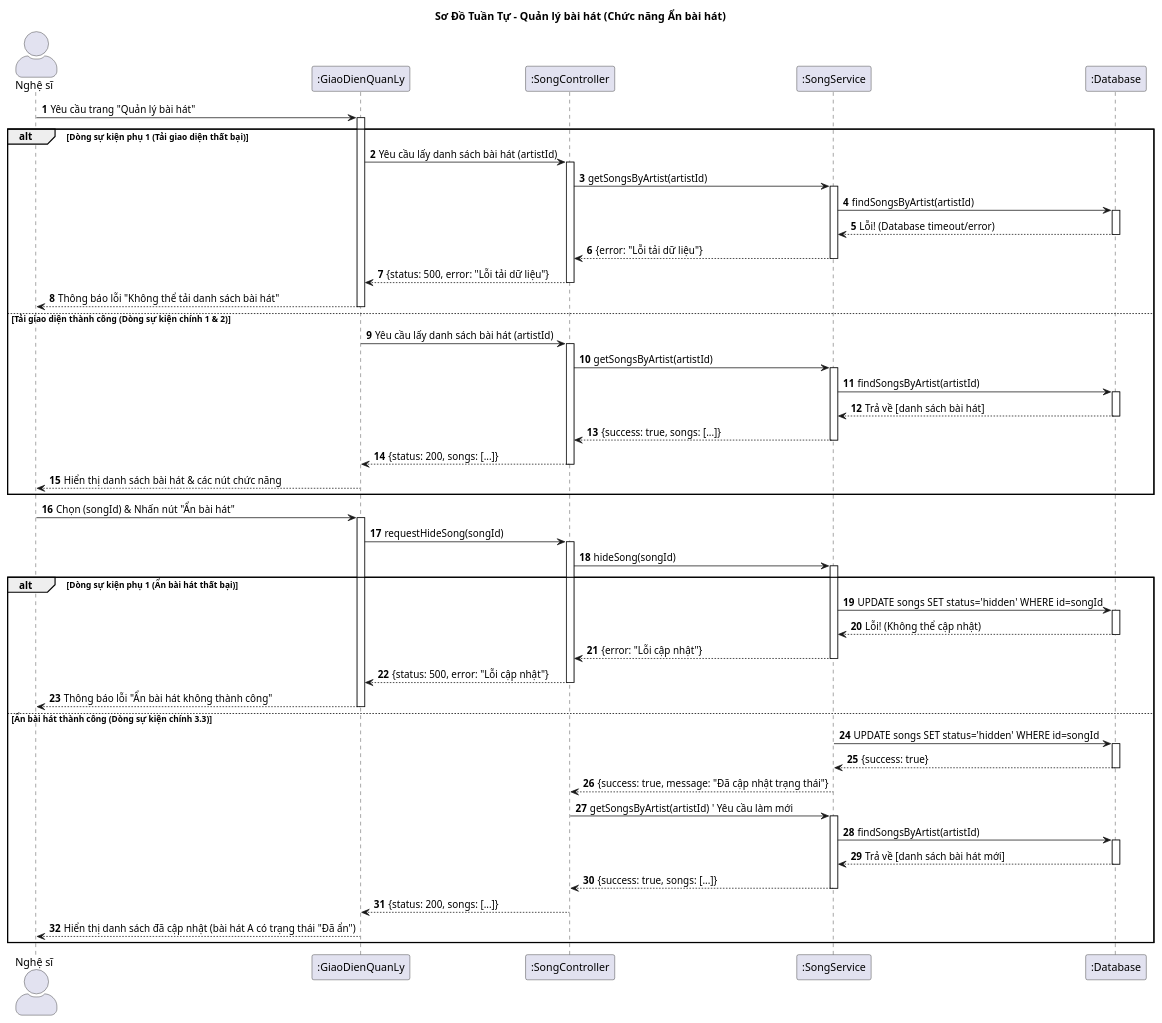
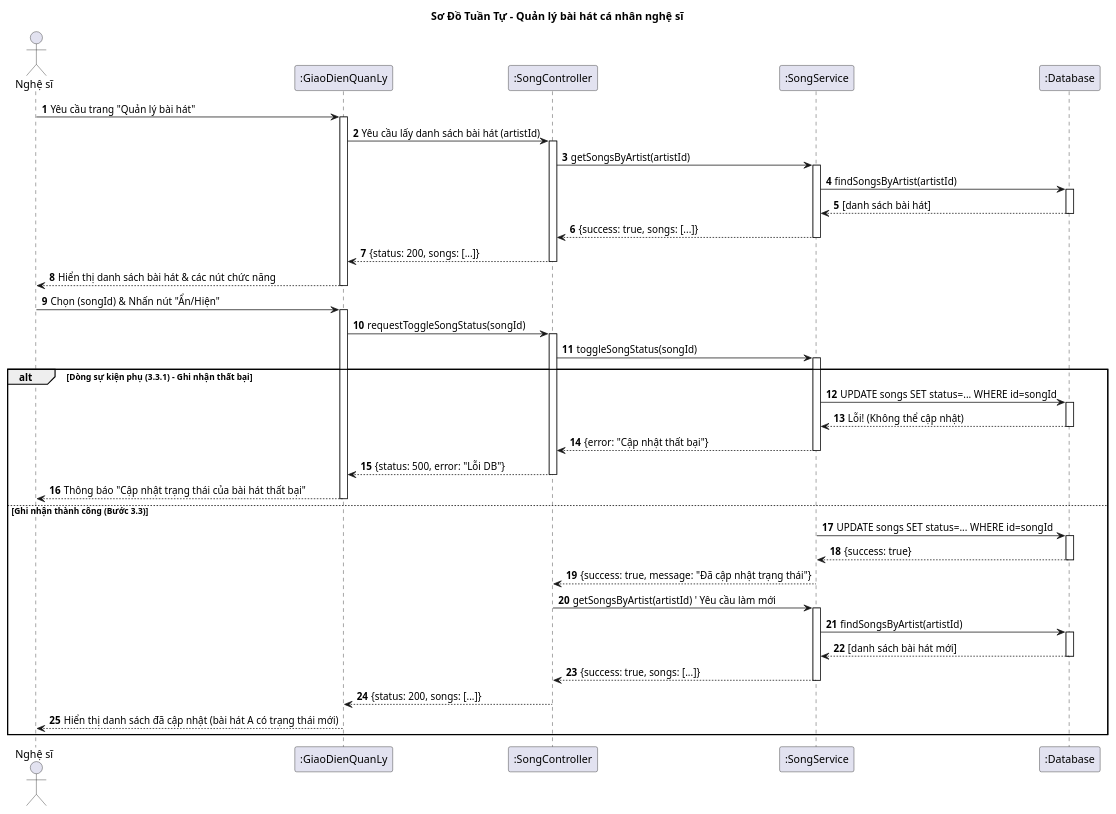
The diagram in Diagrams/SequenceDiagram/ManageSongSD.plantuml (vinh047/soundwave), drawn with PlantUML before and after one commit. The commit also changed 25 other files, not shown here.

Commit message:
Update: Add Sequence Diagrams and Class Diagram(Empty)

```diff
--- a/Diagrams/SequenceDiagram/ManageSongSD.plantuml
+++ b/Diagrams/SequenceDiagram/ManageSongSD.plantuml
@@ -1,101 +1,78 @@
-@startuml Sequence Diagram - Quan ly bai hat (An bai hat)
+@startuml Sequence Diagram - Quản Lý Bài Hát Cá Nhân Nghệ Sĩ
 
-title Sơ Đồ Tuần Tự - Quản lý bài hát (Chức năng Ẩn bài hát)
-skinparam sequenceActorStyle awesome
+title Sơ Đồ Tuần Tự - Quản lý bài hát cá nhân nghệ sĩ
 
 actor "Nghệ sĩ" as Artist
 participant ":GiaoDienQuanLy" as UI
 participant ":SongController" as Controller
 participant ":SongService" as Service
 participant ":Database" as DB
 
 autonumber
 
-' Tiền điều kiện: Nghệ sĩ đã đăng nhập
-
-' === Dòng sự kiện chính (bước 1 & 2): Tải giao diện và xem danh sách ===
+' === Dòng sự kiện chính (bước 1 & 2): Tải giao diện ===
+' Tiền điều kiện: Nghệ sĩ đã đăng nhập (bước 1)
 Artist -> UI: Yêu cầu trang "Quản lý bài hát"
 activate UI
+UI -> Controller: Yêu cầu lấy danh sách bài hát (artistId)
+activate Controller
+Controller -> Service: getSongsByArtist(artistId)
+activate Service
+Service -> DB: findSongsByArtist(artistId)
+activate DB
+DB --> Service: [danh sách bài hát]
+deactivate DB
+Service --> Controller: {success: true, songs: [...]}
+deactivate Service
+Controller --> UI: {status: 200, songs: [...]}
+deactivate Controller
+UI --> Artist: Hiển thị danh sách bài hát & các nút chức năng
+deactivate UI
 
-alt Dòng sự kiện phụ 1 (Tải giao diện thất bại)
-    UI -> Controller: Yêu cầu lấy danh sách bài hát (artistId)
-    activate Controller
-    Controller -> Service: getSongsByArtist(artistId)
+' === Dòng sự kiện chính (bước 3.3): Nghệ sĩ chọn Ẩn/Hiện ===
+Artist -> UI: Chọn (songId) & Nhấn nút "Ẩn/Hiện"
+activate UI
+UI -> Controller: requestToggleSongStatus(songId)
+activate Controller
+Controller -> Service: toggleSongStatus(songId)
+activate Service
+
+' === Dòng sự kiện (bước 3.3) & Dòng sự kiện phụ (3.3.1) ===
+alt Dòng sự kiện phụ (3.3.1) - Ghi nhận thất bại
+    Service -> DB: UPDATE songs SET status=... WHERE id=songId
+    activate DB
+    DB --> Service: Lỗi! (Không thể cập nhật)
+    deactivate DB
+    Service --> Controller: {error: "Cập nhật thất bại"}
+    deactivate Service
+    Controller --> UI: {status: 500, error: "Lỗi DB"}
+    deactivate Controller
+    
+    UI --> Artist: Thông báo "Cập nhật trạng thái của bài hát thất bại"
+    deactivate UI
+
+else Ghi nhận thành công (Bước 3.3)
+    Service -> DB: UPDATE songs SET status=... WHERE id=songId
+    activate DB
+    DB --> Service: {success: true}
+    deactivate DB
+    Service --> Controller: {success: true, message: "Đã cập nhật trạng thái"}
+    deactivate Service
+
+    ' === Dòng sự kiện chính (bước 4): Hiện lại danh sách ===
+    ' (Hệ thống tự động làm mới giao diện)
+    Controller -> Service: getSongsByArtist(artistId) ' Yêu cầu làm mới
     activate Service
     Service -> DB: findSongsByArtist(artistId)
     activate DB
-    DB --> Service: Lỗi! (Database timeout/error)
-    deactivate DB
-    Service --> Controller: {error: "Lỗi tải dữ liệu"}
-    deactivate Service
-    Controller --> UI: {status: 500, error: "Lỗi tải dữ liệu"}
-    deactivate Controller
-    
-    UI --> Artist: Thông báo lỗi "Không thể tải danh sách bài hát"
-    deactivate UI
-
-else Tải giao diện thành công (Dòng sự kiện chính 1 & 2)
-    UI -> Controller: Yêu cầu lấy danh sách bài hát (artistId)
-    activate Controller
-    Controller -> Service: getSongsByArtist(artistId)
-    activate Service
-    Service -> DB: findSongsByArtist(artistId)
-    activate DB
-    DB --> Service: Trả về [danh sách bài hát]
+    DB --> Service: [danh sách bài hát mới]
     deactivate DB
     Service --> Controller: {success: true, songs: [...]}
     deactivate Service
     Controller --> UI: {status: 200, songs: [...]}
     deactivate Controller
     
-    UI --> Artist: Hiển thị danh sách bài hát & các nút chức năng
+    UI --> Artist: Hiển thị danh sách đã cập nhật (bài hát A có trạng thái mới)
     deactivate UI
 end
-
-' === Dòng sự kiện chính (bước 3.3): Nghệ sĩ chọn Ẩn bài hát ===
-Artist -> UI: Chọn (songId) & Nhấn nút "Ẩn bài hát"
-activate UI
-UI -> Controller: requestHideSong(songId)
-activate Controller
-Controller -> Service: hideSong(songId)
-activate Service
-
-alt Dòng sự kiện phụ 1 (Ẩn bài hát thất bại)
-    Service -> DB: UPDATE songs SET status='hidden' WHERE id=songId
-    activate DB
-    DB --> Service: Lỗi! (Không thể cập nhật)
-    deactivate DB
-    Service --> Controller: {error: "Lỗi cập nhật"}
-    deactivate Service
-    Controller --> UI: {status: 500, error: "Lỗi cập nhật"}
-    deactivate Controller
-    
-    UI --> Artist: Thông báo lỗi "Ẩn bài hát không thành công"
-    deactivate UI
-
-else Ẩn bài hát thành công (Dòng sự kiện chính 3.3)
-    Service -> DB: UPDATE songs SET status='hidden' WHERE id=songId
-    activate DB
-    DB --> Service: {success: true}
-    deactivate DB
-    Service --> Controller: {success: true, message: "Đã cập nhật trạng thái"}
-    deactivate Service
-    
-    ' === Dòng sự kiện chính (bước 4): Tải lại danh sách ===
-    ' (Hệ thống tự động làm mới để hiển thị kết quả)
-    Controller -> Service: getSongsByArtist(artistId) ' Yêu cầu làm mới
-    activate Service
-    Service -> DB: findSongsByArtist(artistId)
-    activate DB
-    DB --> Service: Trả về [danh sách bài hát mới]
-    deactivate DB
-    Service --> Controller: {success: true, songs: [...]}
-    deactivate Service
-    Controller --> UI: {status: 200, songs: [...]}
-    deactivate Controller
-    
-    UI --> Artist: Hiển thị danh sách đã cập nhật (bài hát A có trạng thái "Đã ẩn")
-    deactivate UI
-end
-
 @enduml
```
